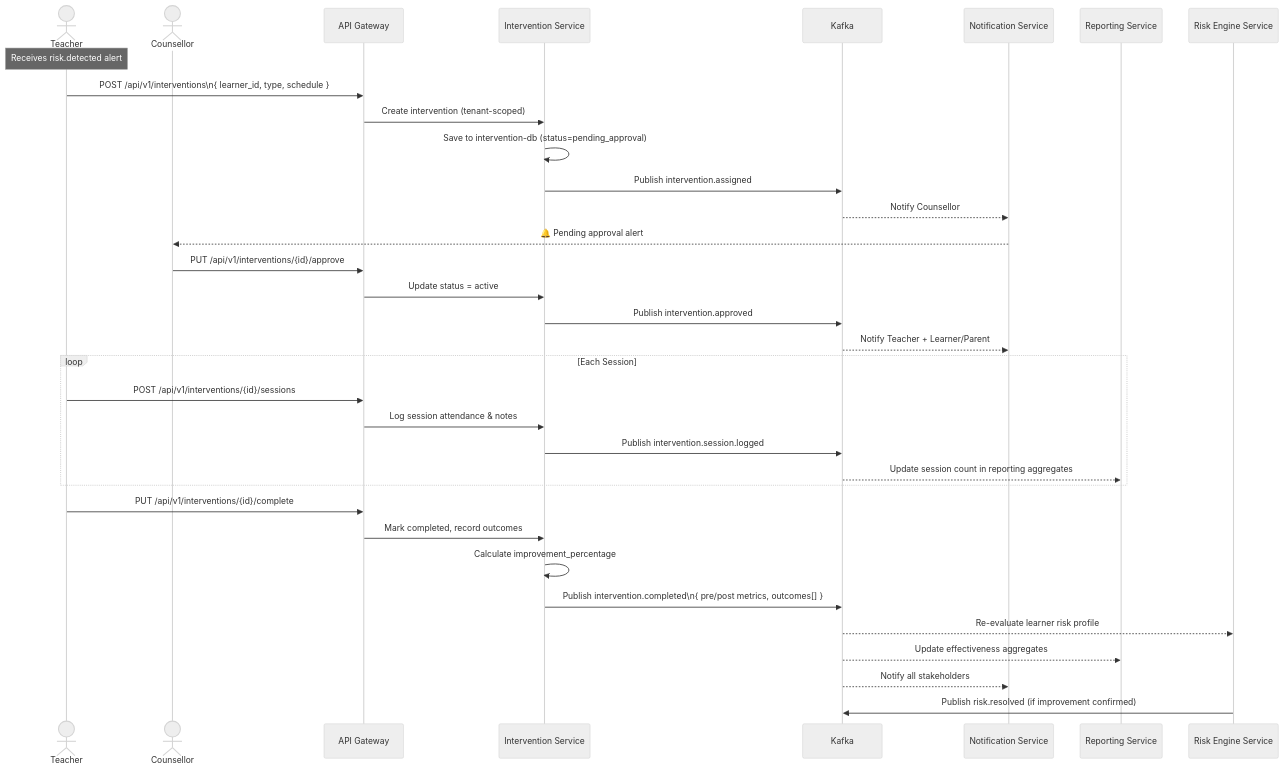
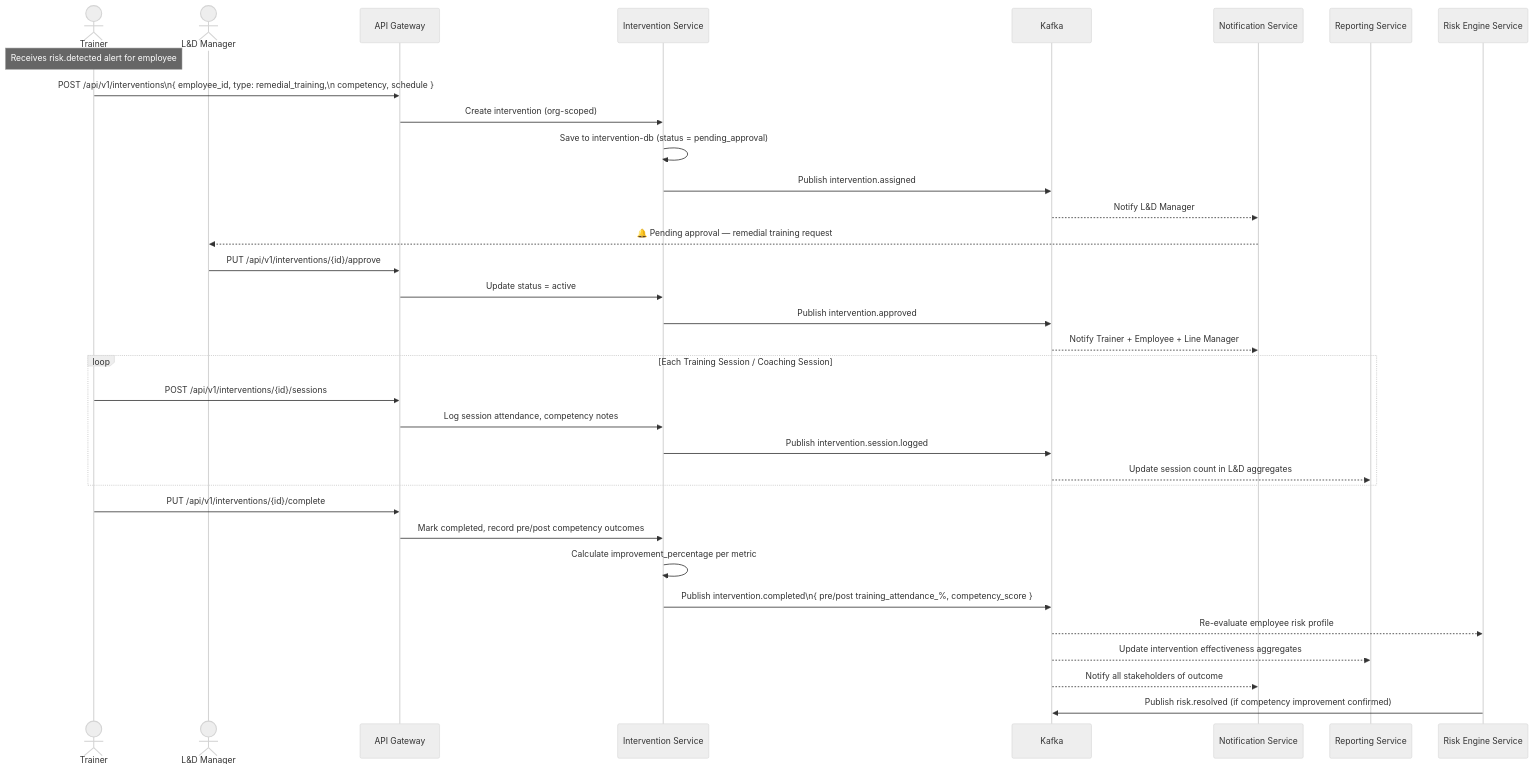
Before and after one commit to taarak18/propeller: the fifth of 9 diagrams in L-D/.sasva/overview/03-technical-flows.md, drawn with Mermaid (neutral theme). The commit also changed other lines of this file and 6 other files, not shown here.

````diff
--- a/L-D/.sasva/overview/03-technical-flows.md
+++ b/L-D/.sasva/overview/03-technical-flows.md
@@ -151,40 +159,40 @@
 ```mermaid
 sequenceDiagram
-    actor Teacher
-    actor Counsellor
+    actor Trainer
+    actor LDManager as L&D Manager
     participant GW as API Gateway
     participant INT as Intervention Service
     participant KAFKA as Kafka
     participant NOTIF as Notification Service
     participant RPT as Reporting Service
     participant RISK as Risk Engine Service
 
-    Note over Teacher: Receives risk.detected alert
-    Teacher->>GW: POST /api/v1/interventions\n{ learner_id, type, schedule }
-    GW->>INT: Create intervention (tenant-scoped)
-    INT->>INT: Save to intervention-db (status=pending_approval)
+    Note over Trainer: Receives risk.detected alert for employee
+    Trainer->>GW: POST /api/v1/interventions\n{ employee_id, type: remedial_training,\n  competency, schedule }
+    GW->>INT: Create intervention (org-scoped)
+    INT->>INT: Save to intervention-db (status = pending_approval)
     INT->>KAFKA: Publish intervention.assigned
-    KAFKA-->>NOTIF: Notify Counsellor
-    NOTIF-->>Counsellor: 🔔 Pending approval alert
+    KAFKA-->>NOTIF: Notify L&D Manager
+    NOTIF-->>LDManager: 🔔 Pending approval — remedial training request
 
-    Counsellor->>GW: PUT /api/v1/interventions/{id}/approve
+    LDManager->>GW: PUT /api/v1/interventions/{id}/approve
     GW->>INT: Update status = active
     INT->>KAFKA: Publish intervention.approved
-    KAFKA-->>NOTIF: Notify Teacher + Learner/Parent
+    KAFKA-->>NOTIF: Notify Trainer + Employee + Line Manager
 
-    loop Each Session
-        Teacher->>GW: POST /api/v1/interventions/{id}/sessions
-        GW->>INT: Log session attendance & notes
+    loop Each Training Session / Coaching Session
+        Trainer->>GW: POST /api/v1/interventions/{id}/sessions
+        GW->>INT: Log session attendance, competency notes
         INT->>KAFKA: Publish intervention.session.logged
-        KAFKA-->>RPT: Update session count in reporting aggregates
+        KAFKA-->>RPT: Update session count in L&D aggregates
     end
 
-    Teacher->>GW: PUT /api/v1/interventions/{id}/complete
-    GW->>INT: Mark completed, record outcomes
-    INT->>INT: Calculate improvement_percentage
-    INT->>KAFKA: Publish intervention.completed\n{ pre/post metrics, outcomes[] }
-    KAFKA-->>RISK: Re-evaluate learner risk profile
-    KAFKA-->>RPT: Update effectiveness aggregates
-    KAFKA-->>NOTIF: Notify all stakeholders
-    RISK->>KAFKA: Publish risk.resolved (if improvement confirmed)
+    Trainer->>GW: PUT /api/v1/interventions/{id}/complete
+    GW->>INT: Mark completed, record pre/post competency outcomes
+    INT->>INT: Calculate improvement_percentage per metric
+    INT->>KAFKA: Publish intervention.completed\n{ pre/post training_attendance_%, competency_score }
+    KAFKA-->>RISK: Re-evaluate employee risk profile
+    KAFKA-->>RPT: Update intervention effectiveness aggregates
+    KAFKA-->>NOTIF: Notify all stakeholders of outcome
+    RISK->>KAFKA: Publish risk.resolved (if competency improvement confirmed)
 ```
````
